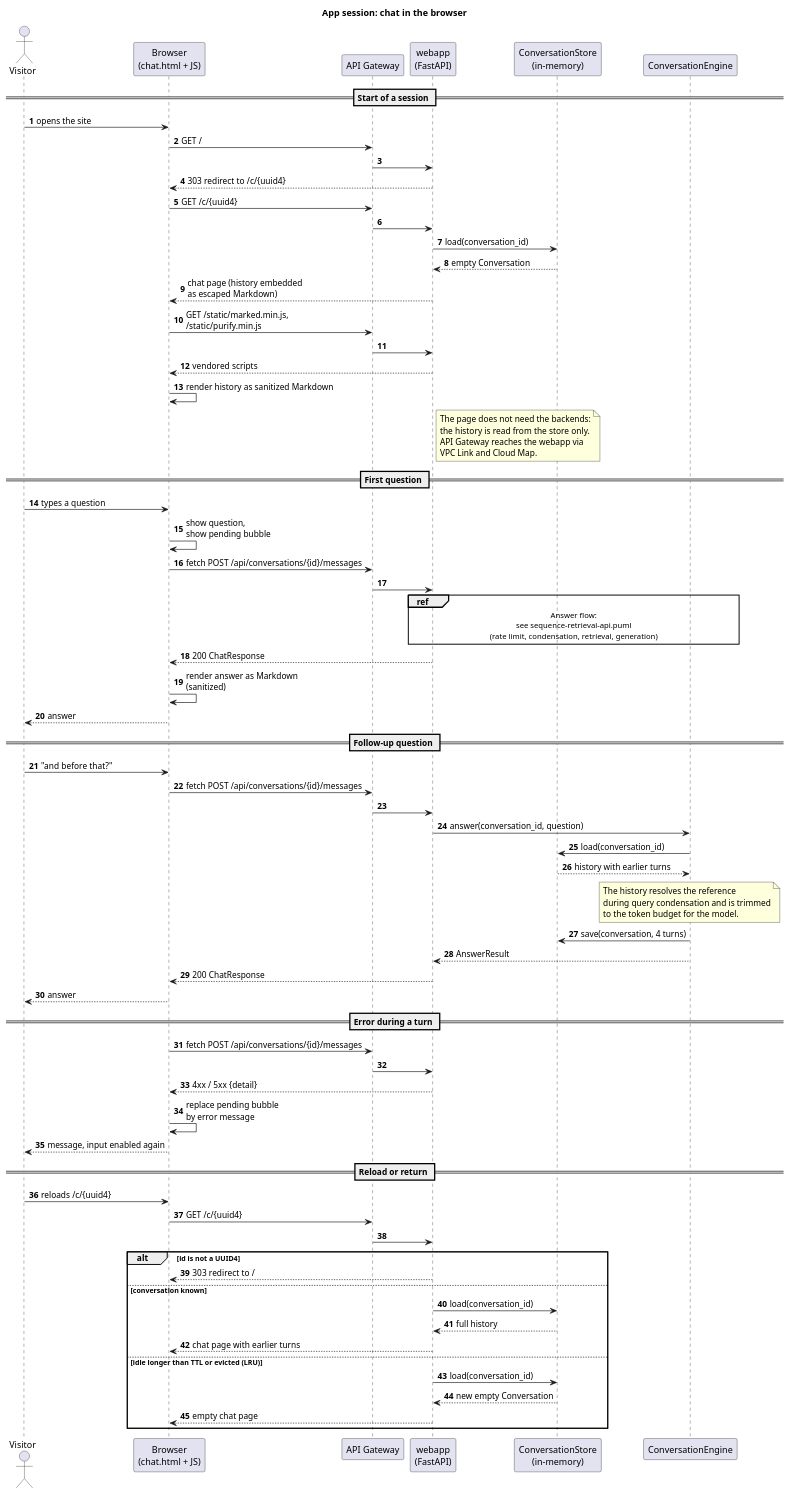
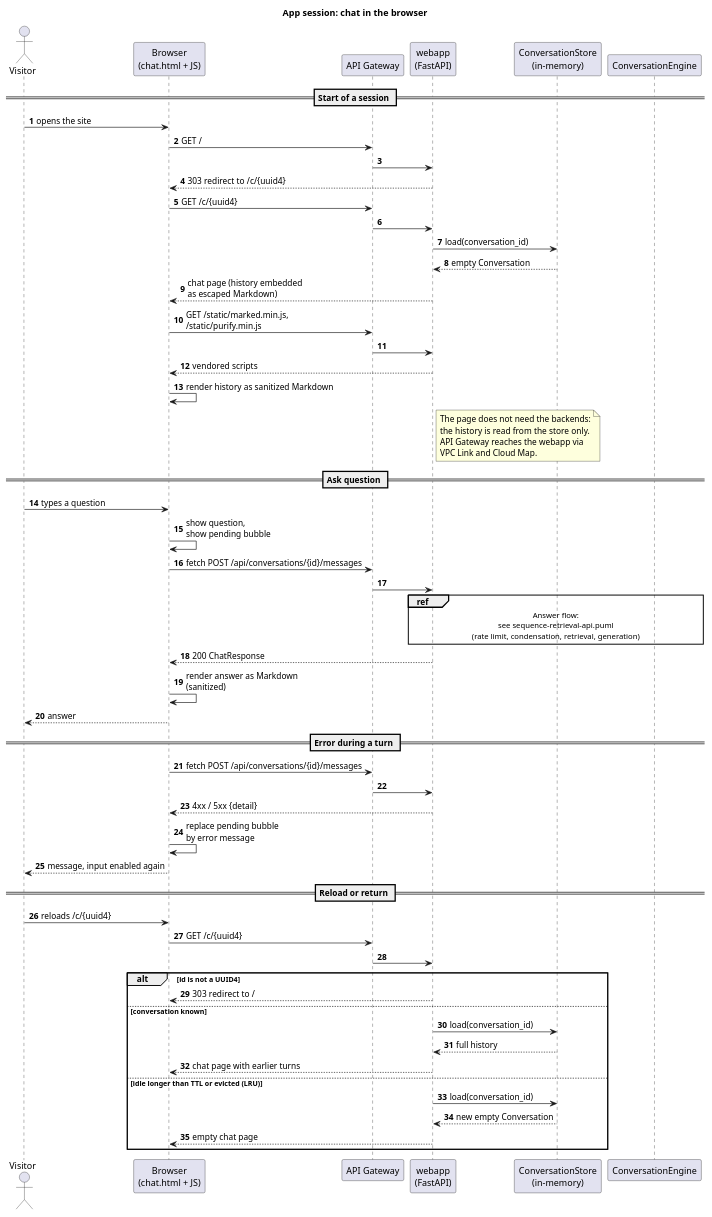
One commit to Fabian-Winter/cvbot-retriever changed the diagram in docs/sequence-retrieval-session.puml. Above: the diagram before and after it, drawn with PlantUML.

Commit message:
siplify diagram

```diff
--- a/docs/sequence-retrieval-session.puml
+++ b/docs/sequence-retrieval-session.puml
@@ -1,86 +1,69 @@
 @startuml
 title App session: chat in the browser
 autonumber
 
 actor "Visitor" as visitor
 participant "Browser\n(chat.html + JS)" as browser
 participant "API Gateway" as apigw
 participant "webapp\n(FastAPI)" as web
 participant "ConversationStore\n(in-memory)" as store
 participant "ConversationEngine" as engine
 
 == Start of a session ==
 visitor -> browser : opens the site
 browser -> apigw : GET /
 apigw -> web
 web --> browser : 303 redirect to /c/{uuid4}
 browser -> apigw : GET /c/{uuid4}
 apigw -> web
 web -> store : load(conversation_id)
 store --> web : empty Conversation
 web --> browser : chat page (history embedded\nas escaped Markdown)
 browser -> apigw : GET /static/marked.min.js,\n/static/purify.min.js
 apigw -> web
 web --> browser : vendored scripts
 browser -> browser : render history as sanitized Markdown
 note right of web
   The page does not need the backends:
   the history is read from the store only.
   API Gateway reaches the webapp via
   VPC Link and Cloud Map.
 end note
 
-== First question ==
+== Ask question ==
 visitor -> browser : types a question
 browser -> browser : show question,\nshow pending bubble
 browser -> apigw : fetch POST /api/conversations/{id}/messages
 apigw -> web
 ref over web, engine
   Answer flow:
   see sequence-retrieval-api.puml
   (rate limit, condensation, retrieval, generation)
 end ref
 web --> browser : 200 ChatResponse
 browser -> browser : render answer as Markdown\n(sanitized)
-browser --> visitor : answer
-
-== Follow-up question ==
-visitor -> browser : "and before that?"
-browser -> apigw : fetch POST /api/conversations/{id}/messages
-apigw -> web
-web -> engine : answer(conversation_id, question)
-engine -> store : load(conversation_id)
-store --> engine : history with earlier turns
-note over engine
-  The history resolves the reference
-  during query condensation and is trimmed
-  to the token budget for the model.
-end note
-engine -> store : save(conversation, 4 turns)
-engine --> web : AnswerResult
-web --> browser : 200 ChatResponse
 browser --> visitor : answer
 
 == Error during a turn ==
 browser -> apigw : fetch POST /api/conversations/{id}/messages
 apigw -> web
 web --> browser : 4xx / 5xx {detail}
 browser -> browser : replace pending bubble\nby error message
 browser --> visitor : message, input enabled again
 
 == Reload or return ==
 visitor -> browser : reloads /c/{uuid4}
 browser -> apigw : GET /c/{uuid4}
 apigw -> web
 alt id is not a UUID4
   web --> browser : 303 redirect to /
 else conversation known
   web -> store : load(conversation_id)
   store --> web : full history
   web --> browser : chat page with earlier turns
 else idle longer than TTL or evicted (LRU)
   web -> store : load(conversation_id)
   store --> web : new empty Conversation
   web --> browser : empty chat page
 end
 @enduml
```
